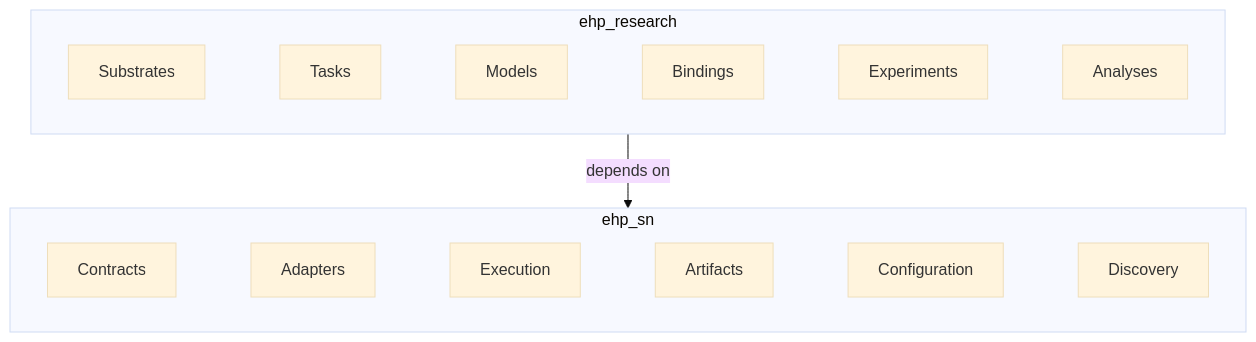
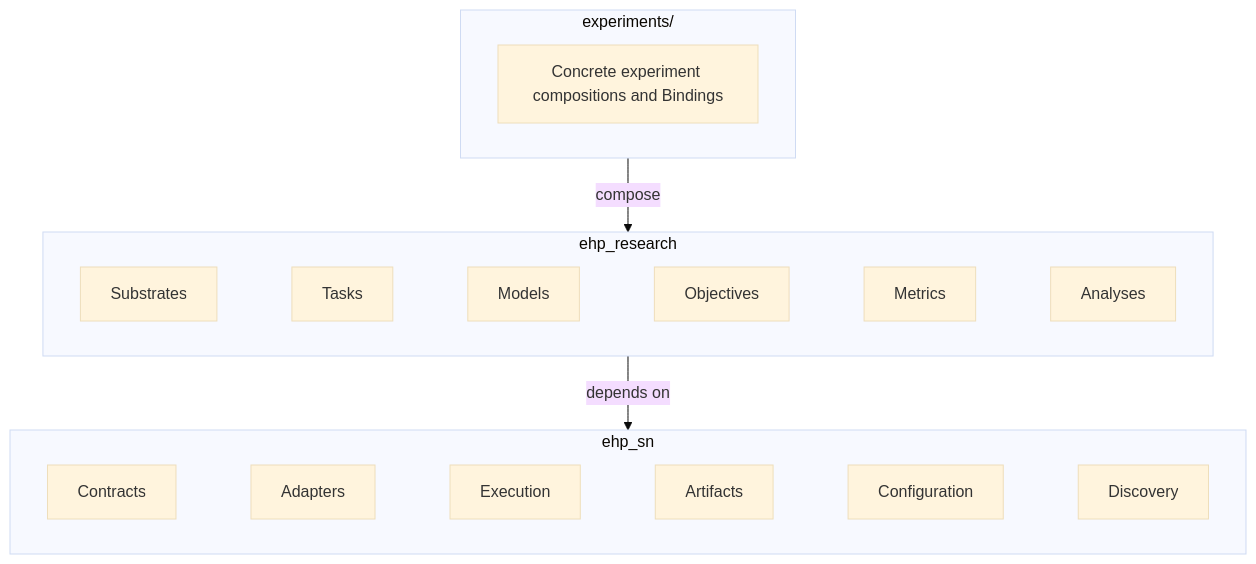
The diagram in README.md (BorjaEst/ehp-sn), drawn with Mermaid (base theme) before and after one commit. The commit also changed other lines of this file and 57 other files, not shown here.

````diff
--- a/README.md
+++ b/README.md
@@ -157,22 +157,27 @@
 ```mermaid
 flowchart TB
     subgraph Framework["ehp_sn"]
         contracts["Contracts"] ~~~
         adapters["Adapters"] ~~~
         execution["Execution"] ~~~
         artifacts["Artifacts"] ~~~
         config["Configuration"]~~~
         discovery["Discovery"]
     end
 
     subgraph Research["ehp_research"]
         substrates["Substrates"] ~~~
         tasks["Tasks"] ~~~
         models["Models"] ~~~
-        bindings["Bindings"] ~~~
-        experiments["Experiments"] ~~~
+        objectives["Objectives"] ~~~
+        metrics["Metrics"] ~~~
         analyses["Analyses"]
     end
 
+    subgraph Experiments["experiments/"]
+        compositions["Concrete experiment compositions and Bindings"]
+    end
+
     Research -->|depends on| Framework
+    Experiments -->|compose| Research
 ```
````
